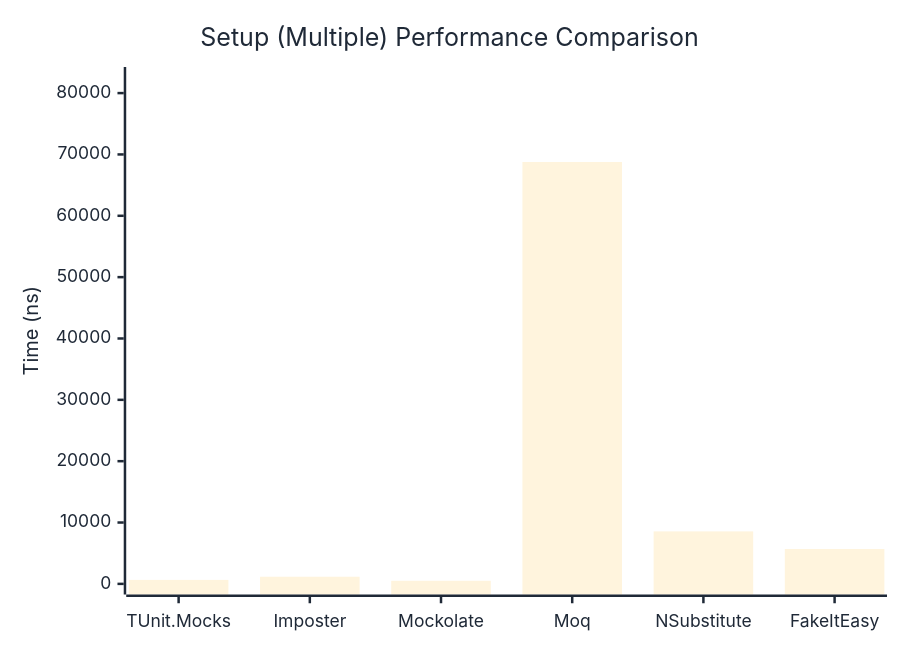
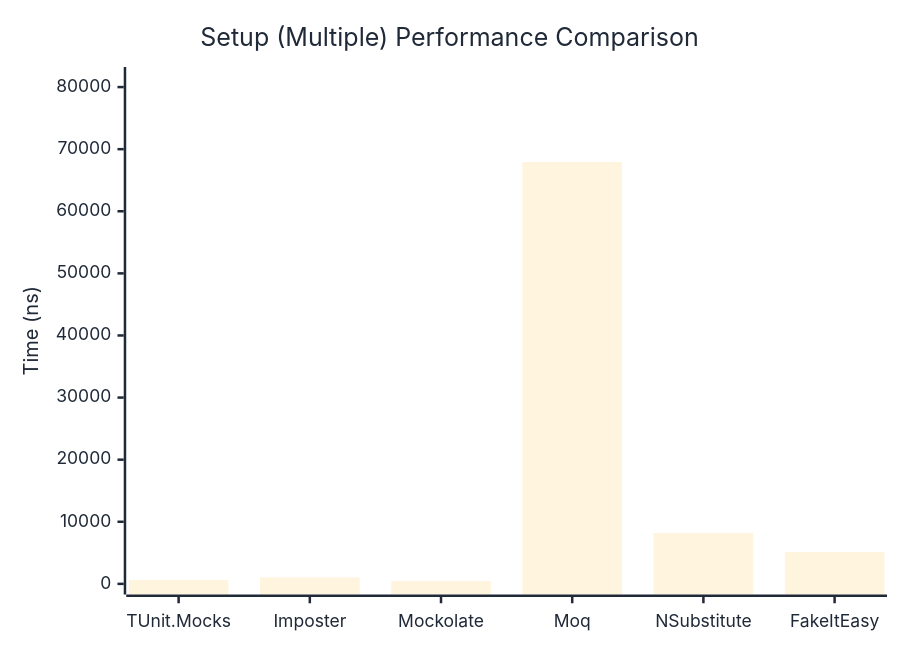
The second of 2 diagrams in docs/docs/benchmarks/mocks/Setup.md (thomhurst/TUnit), drawn with Mermaid before and after one commit. The commit also changed other lines of this file and 14 other files, not shown here.

````diff
--- a/docs/docs/benchmarks/mocks/Setup.md
+++ b/docs/docs/benchmarks/mocks/Setup.md
@@ -69,27 +69,27 @@
 ```mermaid
 %%{init: {
   'theme':'base',
   'themeVariables': {
     'primaryColor': '#2563eb',
     'primaryTextColor': '#1f2937',
     'primaryBorderColor': '#1e40af',
     'lineColor': '#6b7280',
     'secondaryColor': '#7c3aed',
     'tertiaryColor': '#dc2626',
     'background': '#ffffff',
     'pie1': '#2563eb',
     'pie2': '#7c3aed',
     'pie3': '#dc2626',
     'pie4': '#f59e0b',
     'pie5': '#10b981',
     'pie6': '#06b6d4',
     'pie7': '#ec4899',
     'pie8': '#6366f1'
   }
 }}%%
 xychart-beta
   title "Setup (Multiple) Performance Comparison"
   x-axis ["TUnit.Mocks", "Imposter", "Mockolate", "Moq", "NSubstitute", "FakeItEasy"]
-  y-axis "Time (ns)" 0 --> 82521
-  bar [644.7, 1162.7, 502.4, 68766.8, 8554.8, 5684.8]
+  y-axis "Time (ns)" 0 --> 81521
+  bar [601.8, 1042.5, 455.1, 67933.8, 8199, 5125.3]
 ```
````
